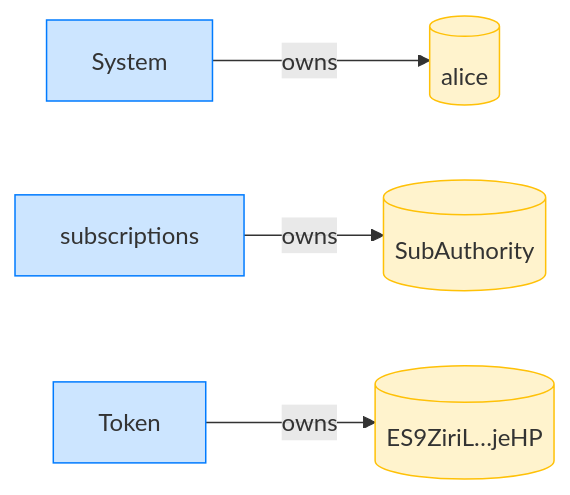
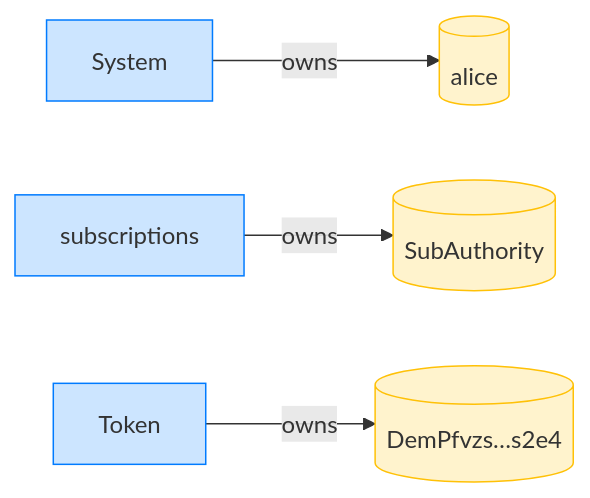
Before and after one commit to cds-rs/subscriptions: the fourth of 8 diagrams in dsl_tests/transfer-subscription--a-version-mismatched-subscription-is-refused.md, drawn with Mermaid. The commit also changed other lines of this file and 224 other files, not shown here.

````diff
--- a/dsl_tests/transfer-subscription--a-version-mismatched-subscription-is-refused.md
+++ b/dsl_tests/transfer-subscription--a-version-mismatched-subscription-is-refused.md
@@ -73,14 +78,14 @@
 ```mermaid
 flowchart LR
     classDef owner fill:#cce5ff,stroke:#007bff;
     classDef account fill:#fff3cd,stroke:#ffc107;
     System[System]:::owner
     alice[(alice)]:::account
     subscriptions[subscriptions]:::owner
     SubAuthority[(SubAuthority)]:::account
     Token[Token]:::owner
-    ES9ZiriL_jeHP[("ES9ZiriL…jeHP")]:::account
+    DemPfvzs_s2e4[("DemPfvzs…s2e4")]:::account
     System -->|owns| alice
     subscriptions -->|owns| SubAuthority
-    Token -->|owns| ES9ZiriL_jeHP
+    Token -->|owns| DemPfvzs_s2e4
 ```
````
